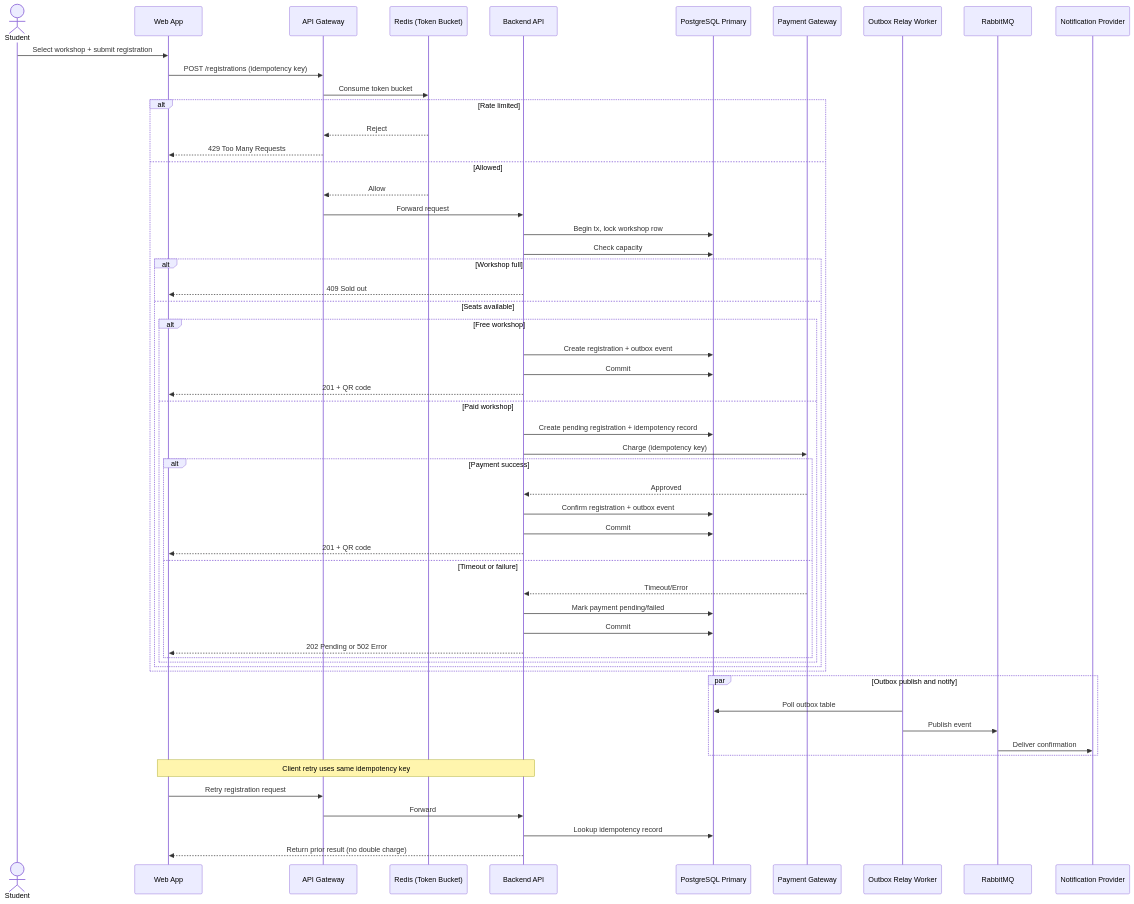
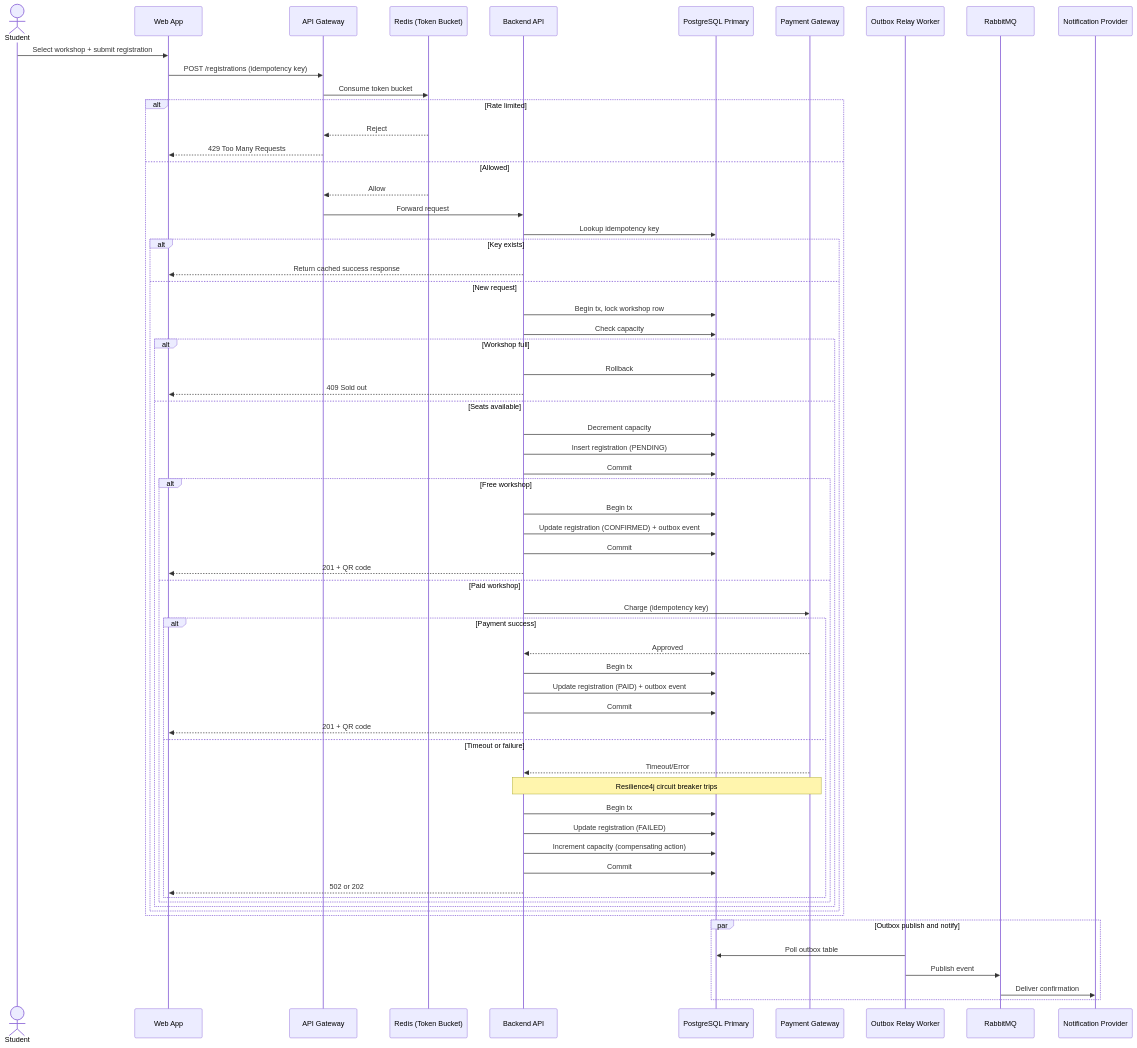
One commit to phatnguyen975/unihub-workshop changed the first of 4 diagrams in blueprint/design.md. Above: the diagram before and after it, drawn with Mermaid. The commit also changed other lines of this file, not shown here.

Commit message:
docs: update workshop registration diagram

````diff
--- a/blueprint/design.md
+++ b/blueprint/design.md
@@ -103,61 +103,68 @@
 ```mermaid
 sequenceDiagram
   actor Student
   participant Web as Web App
   participant GW as API Gateway
   participant Redis as Redis (Token Bucket)
   participant API as Backend API
   participant DB as PostgreSQL Primary
   participant Pay as Payment Gateway
   participant Relay as Outbox Relay Worker
   participant Broker as RabbitMQ
   participant Notify as Notification Provider
 
   Student->>Web: Select workshop + submit registration
   Web->>GW: POST /registrations (idempotency key)
   GW->>Redis: Consume token bucket
   alt Rate limited
     Redis-->>GW: Reject
     GW-->>Web: 429 Too Many Requests
   else Allowed
     Redis-->>GW: Allow
     GW->>API: Forward request
-    API->>DB: Begin tx, lock workshop row
-    API->>DB: Check capacity
-    alt Workshop full
-      API-->>Web: 409 Sold out
-    else Seats available
-      alt Free workshop
-        API->>DB: Create registration + outbox event
+    API->>DB: Lookup idempotency key
+    alt Key exists
+      API-->>Web: Return cached success response
+    else New request
+      API->>DB: Begin tx, lock workshop row
+      API->>DB: Check capacity
+      alt Workshop full
+        API->>DB: Rollback
+        API-->>Web: 409 Sold out
+      else Seats available
+        API->>DB: Decrement capacity
+        API->>DB: Insert registration (PENDING)
         API->>DB: Commit
-        API-->>Web: 201 + QR code
-      else Paid workshop
-        API->>DB: Create pending registration + idempotency record
-        API->>Pay: Charge (idempotency key)
-        alt Payment success
-          Pay-->>API: Approved
-          API->>DB: Confirm registration + outbox event
+        alt Free workshop
+          API->>DB: Begin tx
+          API->>DB: Update registration (CONFIRMED) + outbox event
           API->>DB: Commit
           API-->>Web: 201 + QR code
-        else Timeout or failure
-          Pay-->>API: Timeout/Error
-          API->>DB: Mark payment pending/failed
-          API->>DB: Commit
-          API-->>Web: 202 Pending or 502 Error
+        else Paid workshop
+          API->>Pay: Charge (idempotency key)
+          alt Payment success
+            Pay-->>API: Approved
+            API->>DB: Begin tx
+            API->>DB: Update registration (PAID) + outbox event
+            API->>DB: Commit
+            API-->>Web: 201 + QR code
+          else Timeout or failure
+            Pay-->>API: Timeout/Error
+            Note over API,Pay: Resilience4j circuit breaker trips
+            API->>DB: Begin tx
+            API->>DB: Update registration (FAILED)
+            API->>DB: Increment capacity (compensating action)
+            API->>DB: Commit
+            API-->>Web: 502 or 202
+          end
         end
       end
     end
   end
 
   par Outbox publish and notify
     Relay->>DB: Poll outbox table
     Relay->>Broker: Publish event
     Broker->>Notify: Deliver confirmation
   end
-
-  Note over Web,API: Client retry uses same idempotency key
-  Web->>GW: Retry registration request
-  GW->>API: Forward
-  API->>DB: Lookup idempotency record
-  API-->>Web: Return prior result (no double charge)
 ```
````
